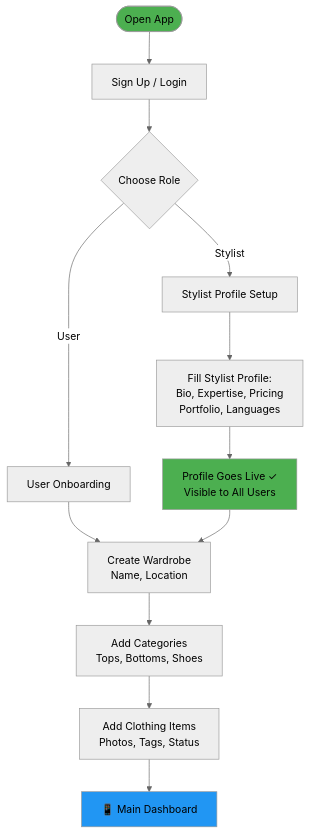
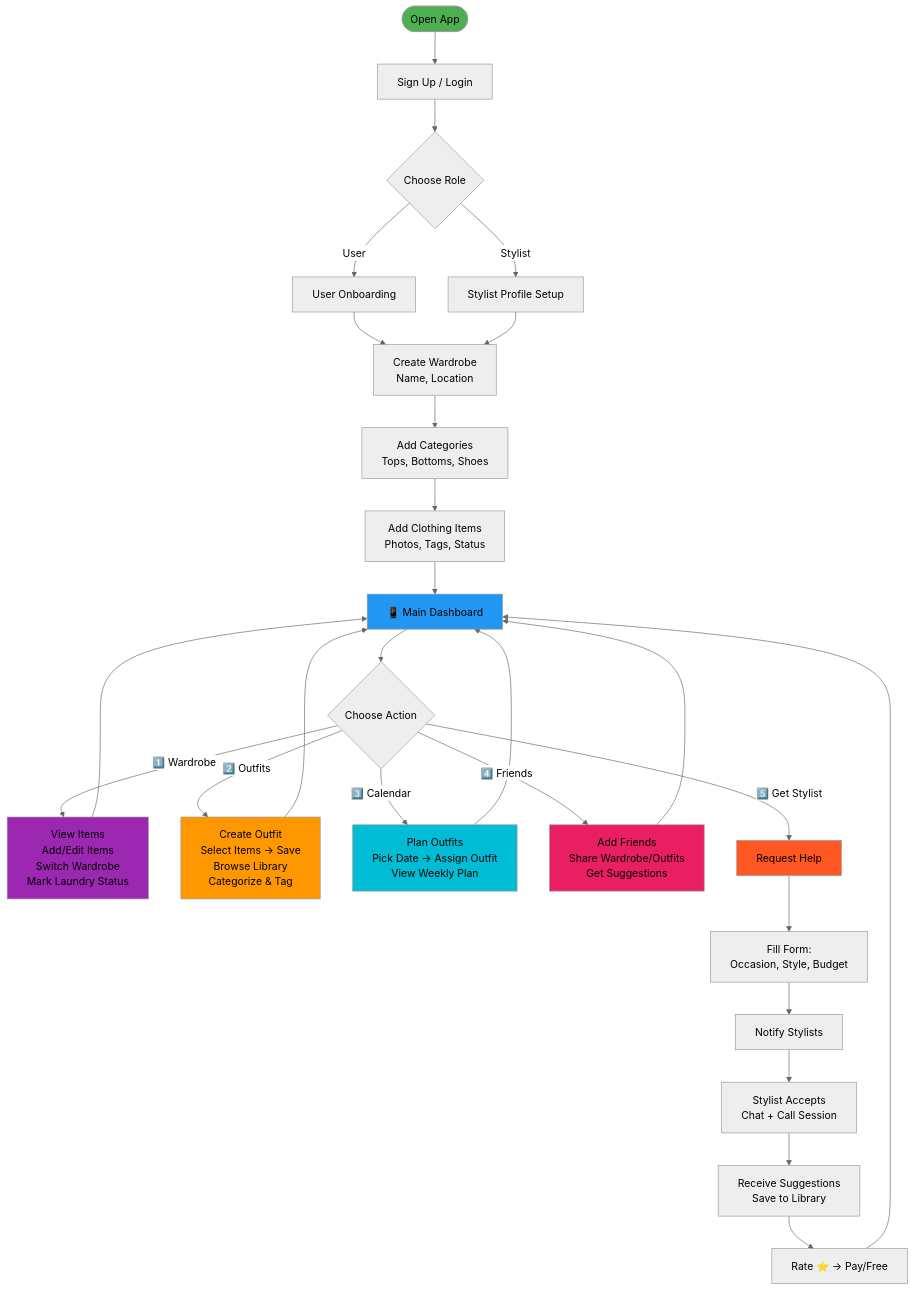
Before and after one commit to hrshkshri/my-wardrobe: the second of 13 diagrams in docs/DIAGRAMS.md, drawn with Mermaid (neutral theme). The commit also changed other lines of this file, not shown here.

Commit message:
Docs: Enhance diagrams with detailed user flows and actions for wardrobe management

````diff
--- a/docs/DIAGRAMS.md
+++ b/docs/DIAGRAMS.md
@@ -82,21 +83,45 @@
 ```mermaid
 flowchart TD
     Start([Open App]) --> Auth[Sign Up / Login]
     Auth --> Role{Choose Role}
     Role -->|User| UserSetup[User Onboarding]
     Role -->|Stylist| StylistSetup[Stylist Profile Setup]
 
     UserSetup --> CreateWard[Create Wardrobe<br/>Name, Location]
     CreateWard --> AddCat[Add Categories<br/>Tops, Bottoms, Shoes]
     AddCat --> AddItems[Add Clothing Items<br/>Photos, Tags, Status]
 
-    StylistSetup --> StyProfile[Fill Stylist Profile:<br/>Bio, Expertise, Pricing<br/>Portfolio, Languages]
-    StyProfile --> GoLive[Profile Goes Live ✓<br/>Visible to All Users]
-    GoLive --> CreateWard
+    StylistSetup --> CreateWard
 
     AddItems --> Dashboard[📱 Main Dashboard]
 
+    Dashboard --> Action{Choose Action}
+
+    Action -->|1️⃣ Wardrobe| WardAction[View Items<br/>Add/Edit Items<br/>Switch Wardrobe<br/>Mark Laundry Status]
+    WardAction --> Dashboard
+
+    Action -->|2️⃣ Outfits| OutfitAction[Create Outfit<br/>Select Items → Save<br/>Browse Library<br/>Categorize & Tag]
+    OutfitAction --> Dashboard
+
+    Action -->|3️⃣ Calendar| CalendarAction[Plan Outfits<br/>Pick Date → Assign Outfit<br/>View Weekly Plan]
+    CalendarAction --> Dashboard
+
+    Action -->|4️⃣ Friends| FriendAction[Add Friends<br/>Share Wardrobe/Outfits<br/>Get Suggestions]
+    FriendAction --> Dashboard
+
+    Action -->|5️⃣ Get Stylist| StylistFlow[Request Help]
+    StylistFlow --> RequestForm[Fill Form:<br/>Occasion, Style, Budget]
+    RequestForm --> WaitMatch[Notify Stylists]
+    WaitMatch --> SessionStart[Stylist Accepts<br/>Chat + Call Session]
+    SessionStart --> GetHelp[Receive Suggestions<br/>Save to Library]
+    GetHelp --> RateAndPay[Rate ⭐ → Pay/Free]
+    RateAndPay --> Dashboard
+
     style Start fill:#4CAF50
     style Dashboard fill:#2196F3
-    style GoLive fill:#4CAF50
+    style WardAction fill:#9C27B0
+    style OutfitAction fill:#FF9800
+    style CalendarAction fill:#00BCD4
+    style FriendAction fill:#E91E63
+    style StylistFlow fill:#FF5722
 ```
````
